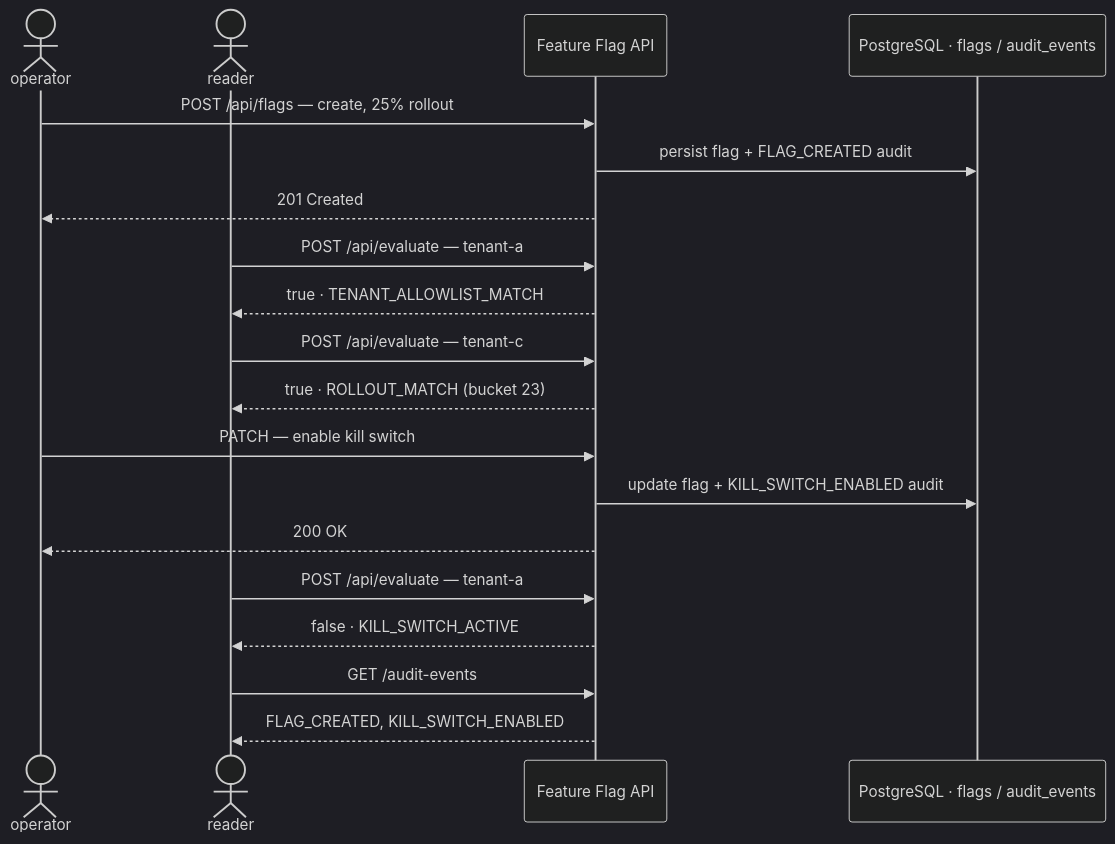
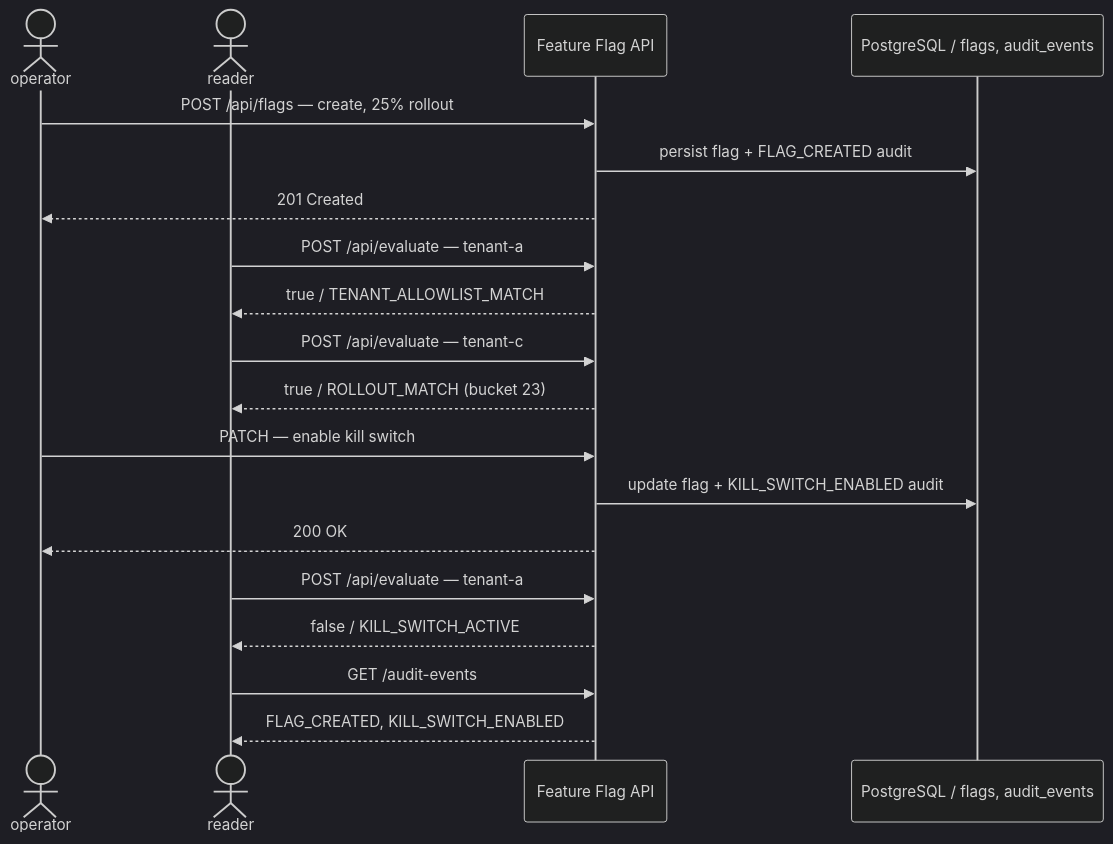
One commit to 42milez/feature-flag-expt changed the third of 3 diagrams in README.ja.md. Above: the diagram before and after it, drawn with Mermaid (dark theme). The commit also changed other lines of this file and 1 other file, not shown here.

Commit message:
docs: update README diagram syntax (#42)

````diff
--- a/README.ja.md
+++ b/README.ja.md
@@ -138,25 +138,25 @@
 ```mermaid
 sequenceDiagram
     actor Op as operator
     actor Rd as reader
     participant API as Feature Flag API
-    participant DB as PostgreSQL · flags / audit_events
+    participant DB as PostgreSQL / flags, audit_events
 
     Op->>API: POST /api/flags — create, 25% rollout
     API->>DB: persist flag + FLAG_CREATED audit
     API-->>Op: 201 Created
 
     Rd->>API: POST /api/evaluate — tenant-a
-    API-->>Rd: true · TENANT_ALLOWLIST_MATCH
+    API-->>Rd: true / TENANT_ALLOWLIST_MATCH
     Rd->>API: POST /api/evaluate — tenant-c
-    API-->>Rd: true · ROLLOUT_MATCH (bucket 23)
+    API-->>Rd: true / ROLLOUT_MATCH (bucket 23)
 
     Op->>API: PATCH — enable kill switch
     API->>DB: update flag + KILL_SWITCH_ENABLED audit
     API-->>Op: 200 OK
 
     Rd->>API: POST /api/evaluate — tenant-a
-    API-->>Rd: false · KILL_SWITCH_ACTIVE
+    API-->>Rd: false / KILL_SWITCH_ACTIVE
     Rd->>API: GET /audit-events
     API-->>Rd: FLAG_CREATED, KILL_SWITCH_ENABLED
 ```
````
